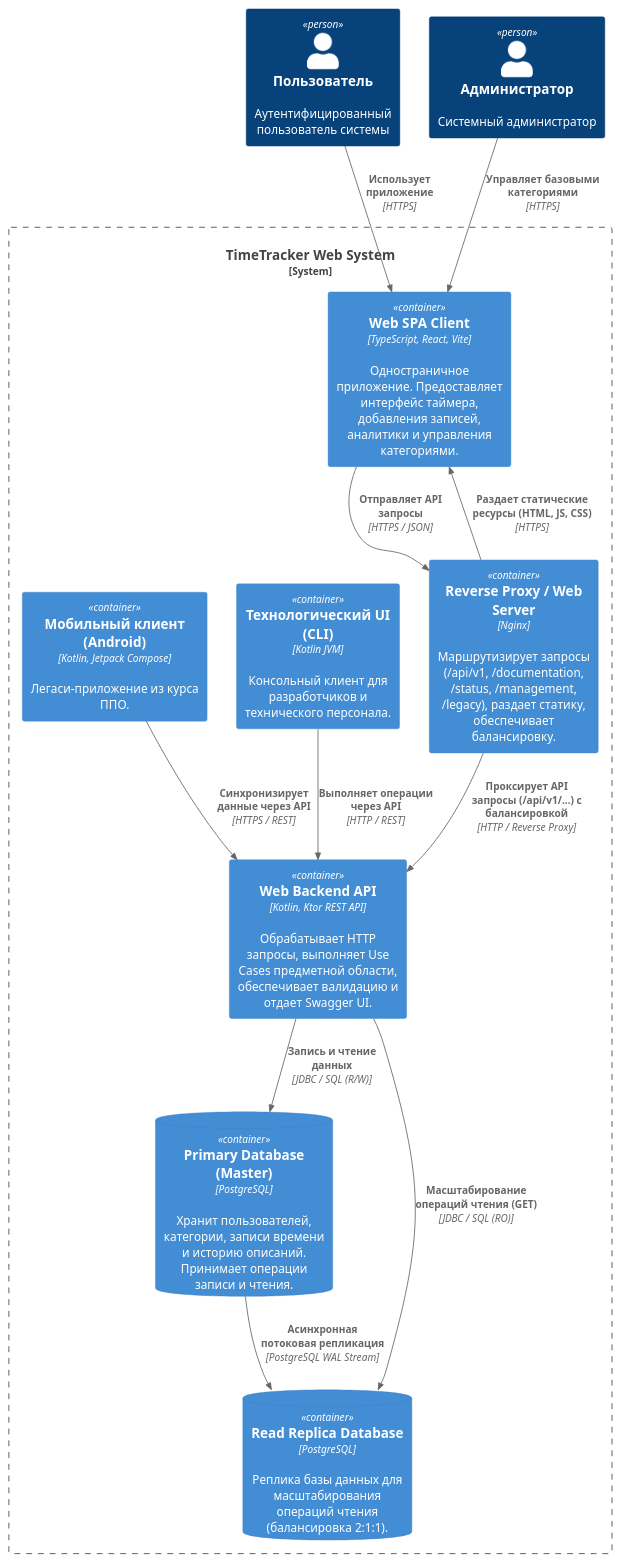
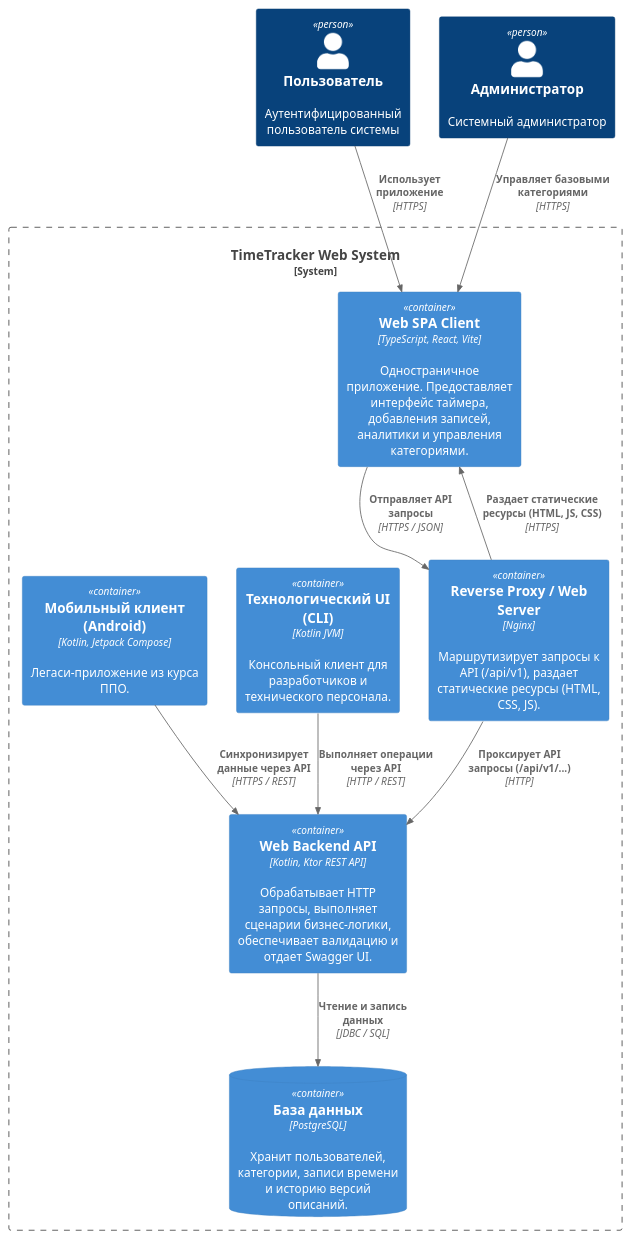
The diagram in docs/L2_web.puml (da-fuu/IU7_7sem_Web), drawn with PlantUML before and after one commit. The commit also changed 15 other files, not shown here.

```diff
--- a/docs/L2_web.puml
+++ b/docs/L2_web.puml
@@ -1,31 +1,28 @@
 @startuml
 !include <c4/C4_Container.puml>
 
 Person(user, "Пользователь", "Аутентифицированный пользователь системы")
 Person(admin, "Администратор", "Системный администратор")
 
 System_Boundary(time_tracker_system, "TimeTracker Web System") {
     Container(spa, "Web SPA Client", "TypeScript, React, Vite", "Одностраничное приложение. Предоставляет интерфейс таймера, добавления записей, аналитики и управления категориями.")
-    Container(reverse_proxy, "Reverse Proxy / Web Server", "Nginx", "Маршрутизирует запросы (/api/v1, /documentation, /status, /management, /legacy), раздает статику, обеспечивает балансировку.")
-    Container(web_backend, "Web Backend API", "Kotlin, Ktor REST API", "Обрабатывает HTTP запросы, выполняет Use Cases предметной области, обеспечивает валидацию и отдает Swagger UI.")
-    ContainerDb(db_master, "Primary Database (Master)", "PostgreSQL", "Хранит пользователей, категории, записи времени и историю описаний. Принимает операции записи и чтения.")
-    ContainerDb(db_replica, "Read Replica Database", "PostgreSQL", "Реплика базы данных для масштабирования операций чтения (балансировка 2:1:1).")
+    Container(reverse_proxy, "Reverse Proxy / Web Server", "Nginx", "Маршрутизирует запросы к API (/api/v1), раздает статические ресурсы (HTML, CSS, JS).")
+    Container(web_backend, "Web Backend API", "Kotlin, Ktor REST API", "Обрабатывает HTTP запросы, выполняет сценарии бизнес-логики, обеспечивает валидацию и отдает Swagger UI.")
+    ContainerDb(db, "База данных", "PostgreSQL", "Хранит пользователей, категории, записи времени и историю версий описаний.")
     Container(tech_ui, "Технологический UI (CLI)", "Kotlin JVM", "Консольный клиент для разработчиков и технического персонала.")
     Container(legacy_app, "Мобильный клиент (Android)", "Kotlin, Jetpack Compose", "Легаси-приложение из курса ППО.")
 }
 
 Rel(user, spa, "Использует приложение", "HTTPS")
 Rel(admin, spa, "Управляет базовыми категориями", "HTTPS")
 
 Rel(spa, reverse_proxy, "Отправляет API запросы", "HTTPS / JSON")
 Rel(reverse_proxy, spa, "Раздает статические ресурсы (HTML, JS, CSS)", "HTTPS")
-Rel(reverse_proxy, web_backend, "Проксирует API запросы (/api/v1/...) с балансировкой", "HTTP / Reverse Proxy")
+Rel(reverse_proxy, web_backend, "Проксирует API запросы (/api/v1/...)", "HTTP")
 
-Rel(web_backend, db_master, "Запись и чтение данных", "JDBC / SQL (R/W)")
-Rel(web_backend, db_replica, "Масштабирование операций чтения (GET)", "JDBC / SQL (RO)")
-Rel(db_master, db_replica, "Асинхронная потоковая репликация", "PostgreSQL WAL Stream")
+Rel(web_backend, db, "Чтение и запись данных", "JDBC / SQL")
 
 Rel(tech_ui, web_backend, "Выполняет операции через API", "HTTP / REST")
 Rel(legacy_app, web_backend, "Синхронизирует данные через API", "HTTPS / REST")
 
 @enduml
```
